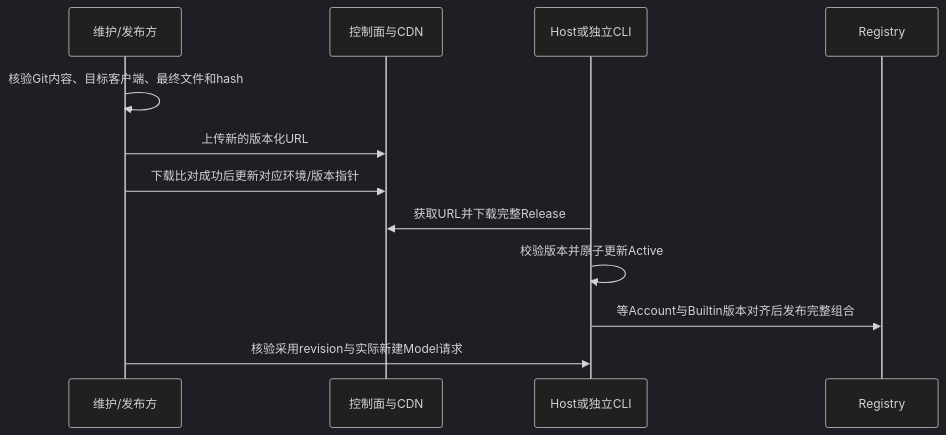
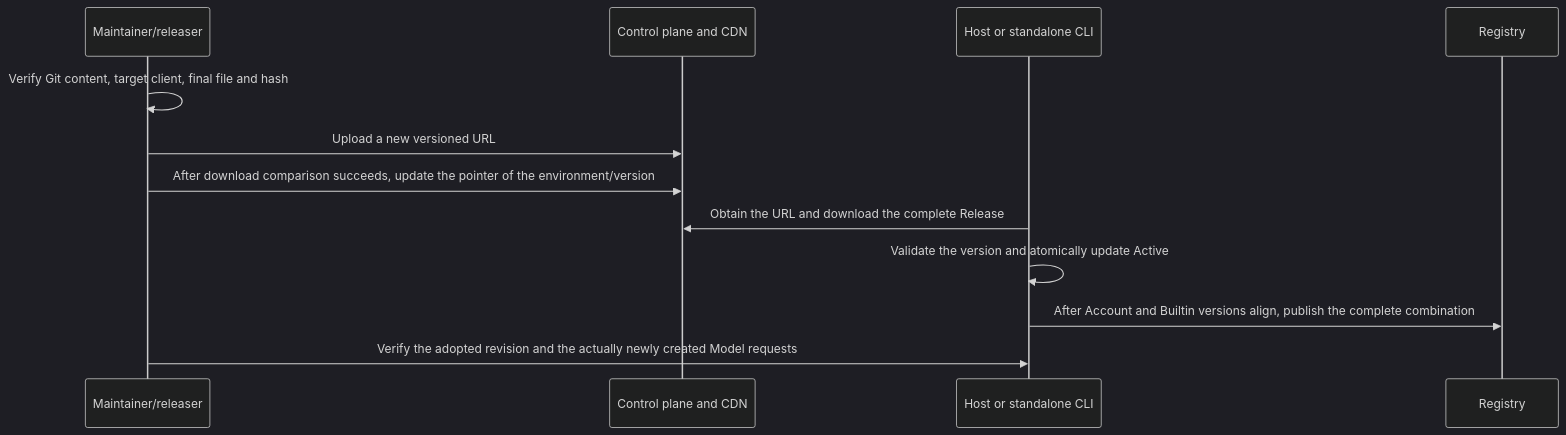
Before and after one commit to osben/ZCode: the diagram in docs/builtin-provider-maintenance/delivery.md, drawn with Mermaid (dark theme). The commit also changed other lines of this file and 25 other files, not shown here.

````diff
--- a/docs/builtin-provider-maintenance/delivery.md
+++ b/docs/builtin-provider-maintenance/delivery.md
@@ -47,14 +47,14 @@
 ```mermaid
 sequenceDiagram
-    participant M as 维护/发布方
-    participant C as 控制面与CDN
-    participant H as Host或独立CLI
+    participant M as Maintainer/releaser
+    participant C as Control plane and CDN
+    participant H as Host or standalone CLI
     participant R as Registry
-    M->>M: 核验Git内容、目标客户端、最终文件和hash
-    M->>C: 上传新的版本化URL
-    M->>C: 下载比对成功后更新对应环境/版本指针
-    H->>C: 获取URL并下载完整Release
-    H->>H: 校验版本并原子更新Active
-    H->>R: 等Account与Builtin版本对齐后发布完整组合
-    M->>H: 核验采用revision与实际新建Model请求
+    M->>M: Verify Git content, target client, final file and hash
+    M->>C: Upload a new versioned URL
+    M->>C: After download comparison succeeds, update the pointer of the environment/version
+    H->>C: Obtain the URL and download the complete Release
+    H->>H: Validate the version and atomically update Active
+    H->>R: After Account and Builtin versions align, publish the complete combination
+    M->>H: Verify the adopted revision and the actually newly created Model requests
 ```
````
